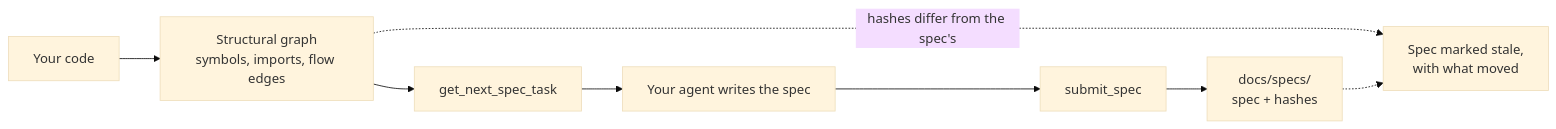
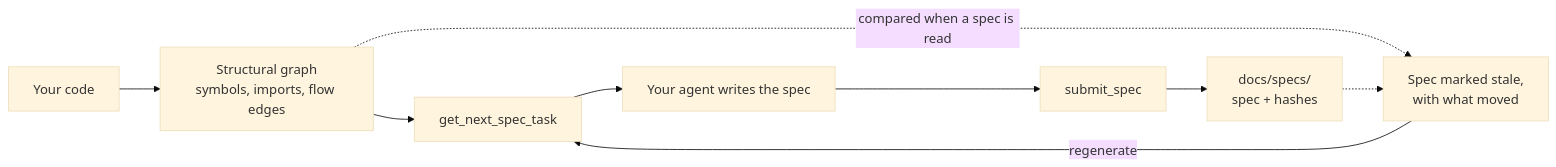
One commit to siddswork/codeowl changed the diagram in README.md. Above: the diagram before and after it, drawn with Mermaid (base theme).

Commit message:
README: close the loop in the staleness diagram
Add the edge from a stale spec back to get_next_spec_task, and say the
hashes are compared when a spec is read.

Authored by: Sidd & Claude Sonnet 5

````diff
--- a/README.md
+++ b/README.md
@@ -123,10 +123,11 @@
 ```mermaid
 flowchart LR
   code["Your code"] --> sg["Structural graph<br/>symbols, imports, flow edges"]
   sg --> task["get_next_spec_task"]
   task --> agent["Your agent writes the spec"]
   agent --> submit["submit_spec"]
   submit --> spec["docs/specs/<br/>spec + hashes"]
-  sg -. "hashes differ from the spec's" .-> stale["Spec marked stale,<br/>with what moved"]
+  sg -. "compared when a spec is read" .-> stale["Spec marked stale,<br/>with what moved"]
   spec -.-> stale
+  stale -- "regenerate" --> task
 ```
````
